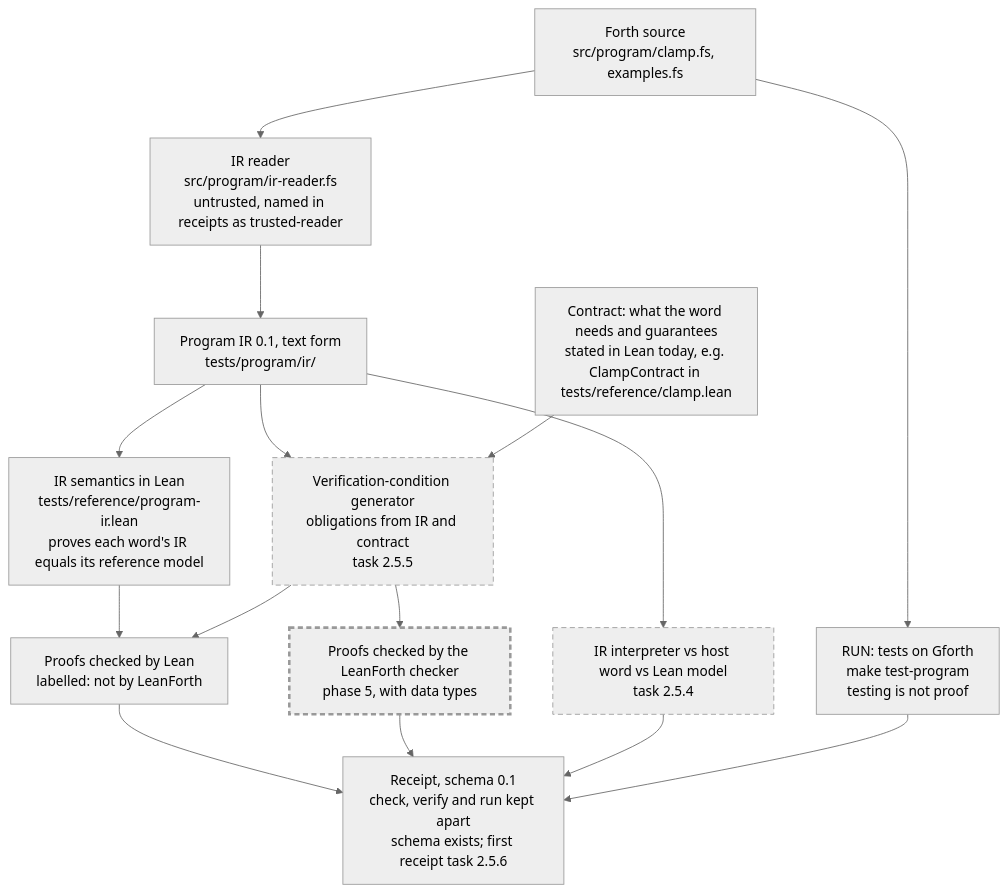
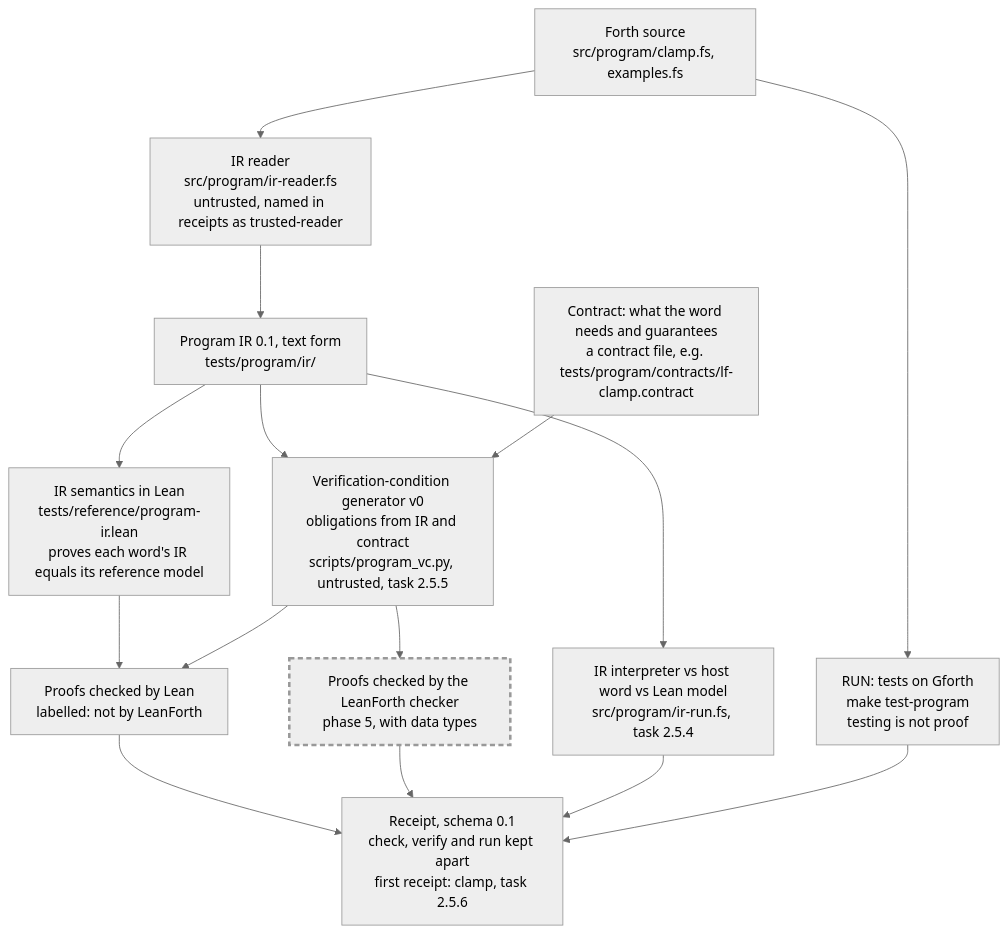
The second of 2 diagrams in docs/user/WORKFLOWS.md (pmilford/LeanForth), drawn with Mermaid (neutral theme) before and after one commit. The commit also changed other lines of this file, not shown here.

First line of the commit message:
Show the planned LeanForth-source route in the theorem workflow

````diff
--- a/docs/user/WORKFLOWS.md
+++ b/docs/user/WORKFLOWS.md
@@ -91,32 +113,32 @@
 ```mermaid
 flowchart TD
   fs["Forth source<br/>src/program/clamp.fs, examples.fs"]
-  contract["Contract: what the word needs and guarantees<br/>stated in Lean today, e.g. ClampContract in tests/reference/clamp.lean"]
+  contract["Contract: what the word needs and guarantees<br/>a contract file, e.g. tests/program/contracts/lf-clamp.contract"]
   rdr["IR reader<br/>src/program/ir-reader.fs<br/>untrusted, named in receipts as trusted-reader"]
   ir["Program IR 0.1, text form<br/>tests/program/ir/"]
   model["IR semantics in Lean<br/>tests/reference/program-ir.lean<br/>proves each word's IR equals its reference model"]
-  interp["IR interpreter vs host word vs Lean model<br/>task 2.5.4"]
-  vc["Verification-condition generator<br/>obligations from IR and contract<br/>task 2.5.5"]
+  interp["IR interpreter vs host word vs Lean model<br/>src/program/ir-run.fs, task 2.5.4"]
+  vc["Verification-condition generator v0<br/>obligations from IR and contract<br/>scripts/program_vc.py, untrusted, task 2.5.5"]
   leanchk["Proofs checked by Lean<br/>labelled: not by LeanForth"]
   lfchk["Proofs checked by the LeanForth checker<br/>phase 5, with data types"]
   run["RUN: tests on Gforth<br/>make test-program<br/>testing is not proof"]
-  receipt["Receipt, schema 0.1<br/>check, verify and run kept apart<br/>schema exists; first receipt task 2.5.6"]
+  receipt["Receipt, schema 0.1<br/>check, verify and run kept apart<br/>first receipt: clamp, task 2.5.6"]
 
   fs --> rdr --> ir
   ir --> model --> leanchk
   ir --> interp
   ir --> vc
   contract --> vc
   vc --> leanchk
   vc --> lfchk
   fs --> run
   leanchk --> receipt
   lfchk --> receipt
   interp --> receipt
   run --> receipt
 
   classDef planned stroke-dasharray: 6 4
   classDef gate stroke-width: 3px
-  class interp,vc,lfchk planned
+  class lfchk planned
   class lfchk gate
 ```
````
